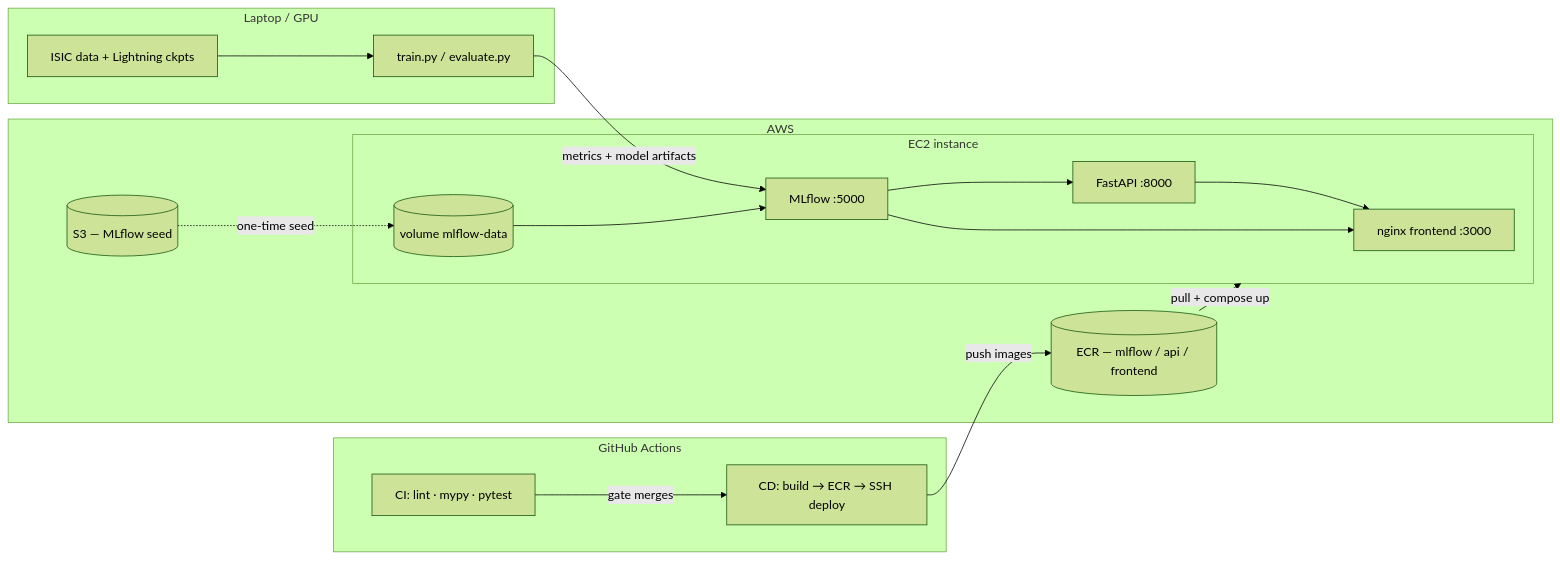
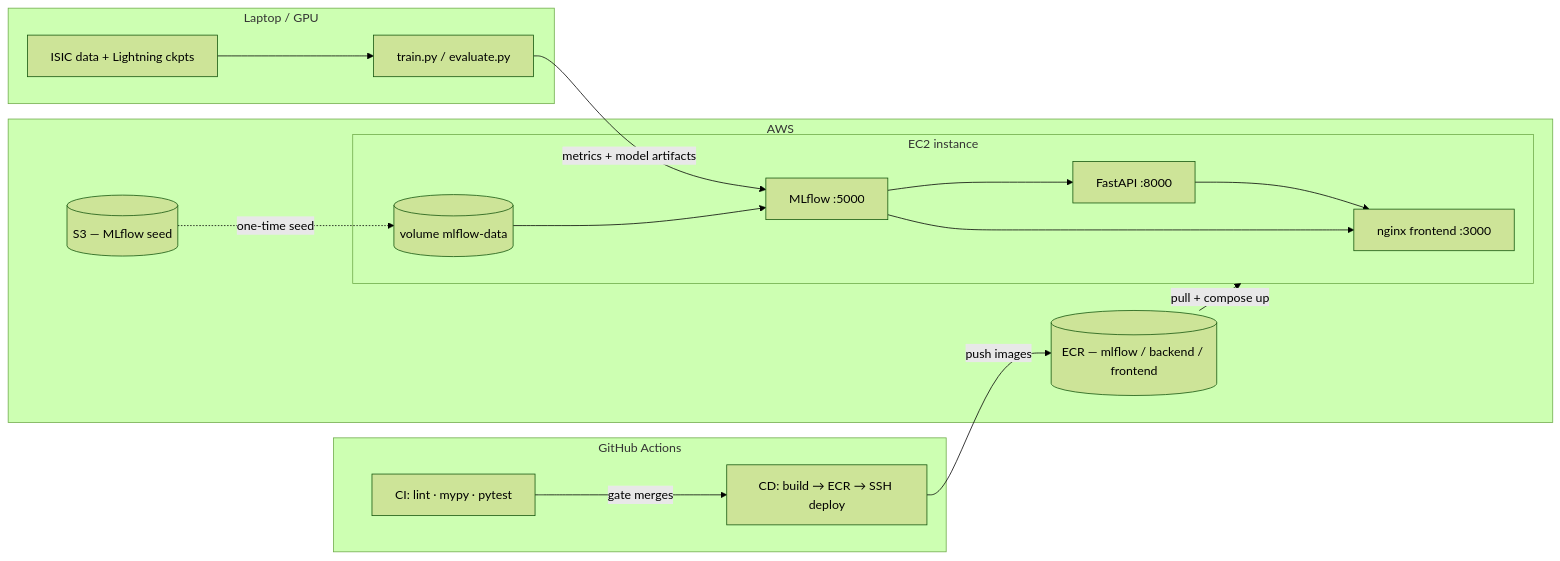
One commit to MuhammadNisarWCSS/Melanoma-Detection changed the second of 3 diagrams in README.md. Above: the diagram before and after it, drawn with Mermaid (forest theme). The commit also changed other lines of this file and 32 other files, not shown here.

````diff
--- a/README.md
+++ b/README.md
@@ -469,31 +469,31 @@
 ```mermaid
 flowchart LR
     subgraph Laptop["Laptop / GPU"]
         Train[train.py / evaluate.py]
         Data[ISIC data + Lightning ckpts]
     end
     subgraph AWS["AWS"]
         S3[(S3 — MLflow seed)]
-        ECR[(ECR — mlflow / api / frontend)]
+        ECR[(ECR — mlflow / backend / frontend)]
         subgraph EC2["EC2 instance"]
             FE[nginx frontend :3000]
-            API[FastAPI :8000]
+            BACKEND[FastAPI :8000]
             ML[MLflow :5000]
             Vol[(volume mlflow-data)]
         end
     end
     subgraph GHA["GitHub Actions"]
         CI[CI: lint · mypy · pytest]
         CD[CD: build → ECR → SSH deploy]
     end
     Data --> Train
     Train -->|metrics + model artifacts| ML
     S3 -.->|one-time seed| Vol
     Vol --> ML
-    ML --> API
-    API --> FE
+    ML --> BACKEND
+    BACKEND --> FE
     ML --> FE
     CD -->|push images| ECR
     ECR -->|pull + compose up| EC2
     CI -->|gate merges| CD
 ```
````
